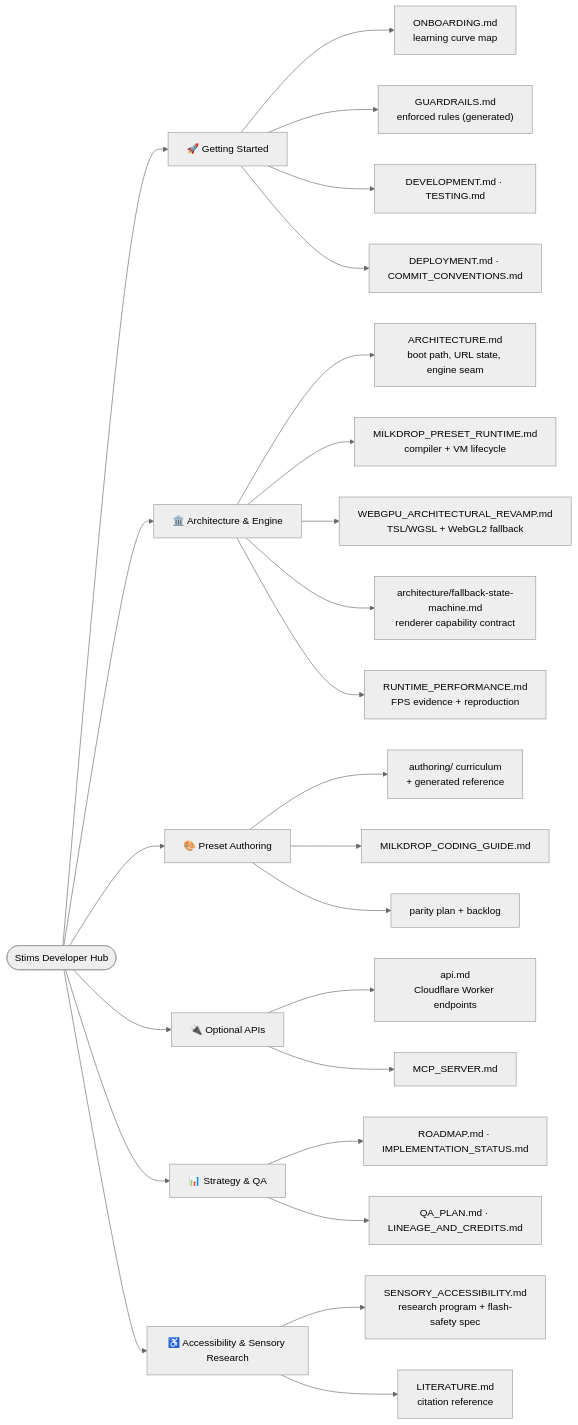
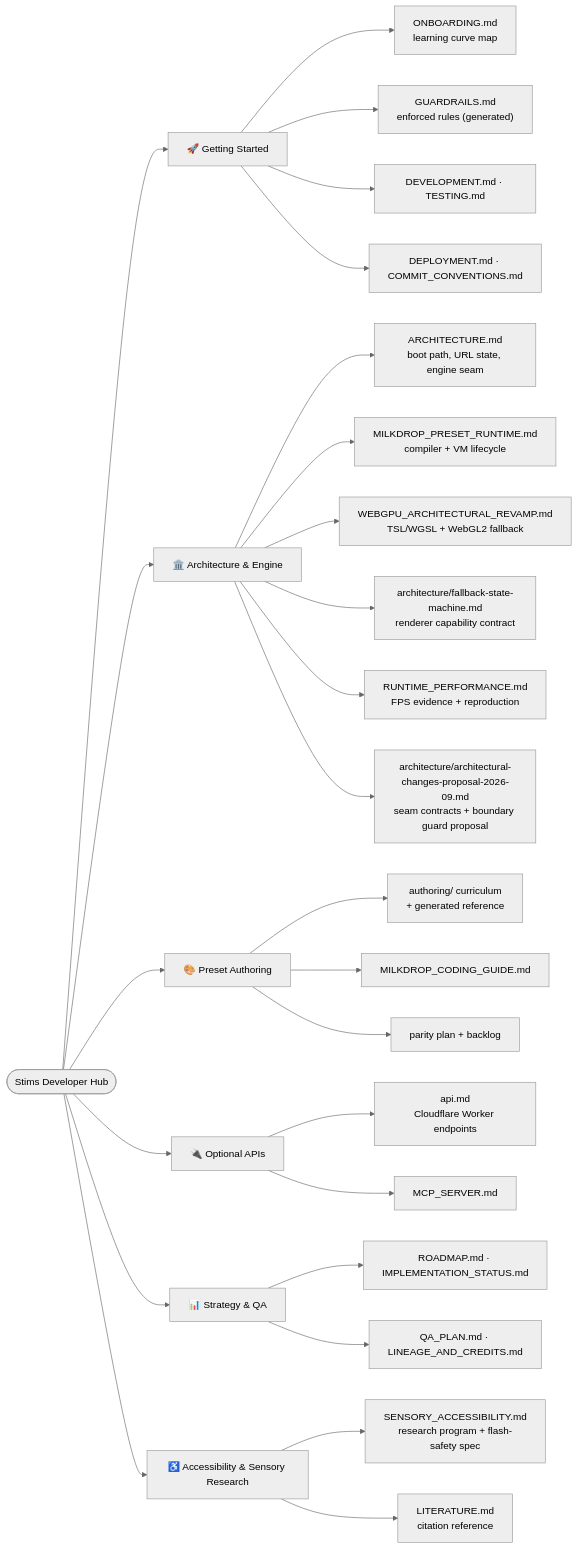
The diagram in docs/README.md (zz-plant/stims), drawn with Mermaid (neutral theme) before and after one commit. The commit also changed other lines of this file and 4 other files, not shown here.

First line of the commit message:
docs: propose architectural changes and correct the check:architecture claim (#1164)

````diff
--- a/docs/README.md
+++ b/docs/README.md
@@ -11,35 +11,36 @@
 ```mermaid
 flowchart LR
   Start(["Stims Developer Hub"])
 
   Start --> GS["🚀 Getting Started"]
   Start --> Arch["🏛️ Architecture & Engine"]
   Start --> Preset["🎨 Preset Authoring"]
   Start --> API["🔌 Optional APIs"]
   Start --> Strat["📊 Strategy & QA"]
   Start --> Access["♿ Accessibility & Sensory Research"]
 
   GS --> GS0["ONBOARDING.md<br/>learning curve map"]
   GS --> GS3["GUARDRAILS.md<br/>enforced rules (generated)"]
   GS --> GS1["DEVELOPMENT.md · TESTING.md"]
   GS --> GS2["DEPLOYMENT.md · COMMIT_CONVENTIONS.md"]
 
   Arch --> A1["ARCHITECTURE.md<br/>boot path, URL state, engine seam"]
   Arch --> A2["MILKDROP_PRESET_RUNTIME.md<br/>compiler + VM lifecycle"]
   Arch --> A3["WEBGPU_ARCHITECTURAL_REVAMP.md<br/>TSL/WGSL + WebGL2 fallback"]
   Arch --> A4["architecture/fallback-state-machine.md<br/>renderer capability contract"]
   Arch --> A5["RUNTIME_PERFORMANCE.md<br/>FPS evidence + reproduction"]
+  Arch --> A6["architecture/architectural-changes-proposal-2026-09.md<br/>seam contracts + boundary guard proposal"]
 
   Preset --> P0["authoring/ curriculum<br/>+ generated reference"]
   Preset --> P1["MILKDROP_CODING_GUIDE.md"]
   Preset --> P2["parity plan + backlog"]
 
   API --> E1["api.md<br/>Cloudflare Worker endpoints"]
   API --> E2["MCP_SERVER.md"]
 
   Access --> AC1["SENSORY_ACCESSIBILITY.md<br/>research program + flash-safety spec"]
   Access --> AC2["LITERATURE.md<br/>citation reference"]
 
   Strat --> S1["ROADMAP.md · IMPLEMENTATION_STATUS.md"]
   Strat --> S2["QA_PLAN.md · LINEAGE_AND_CREDITS.md"]
 ```
````
